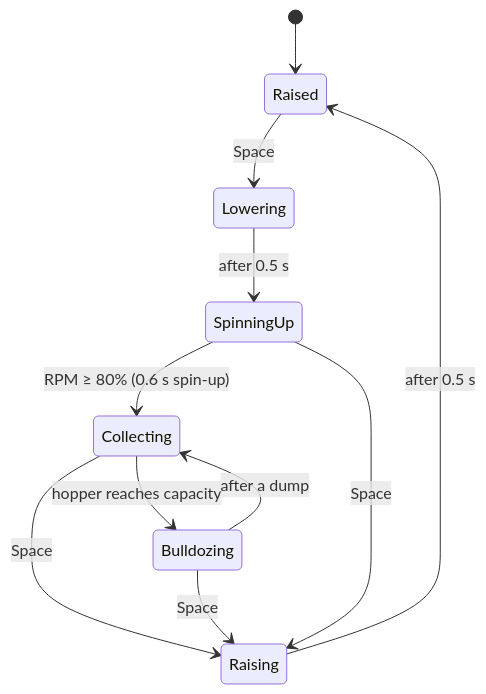
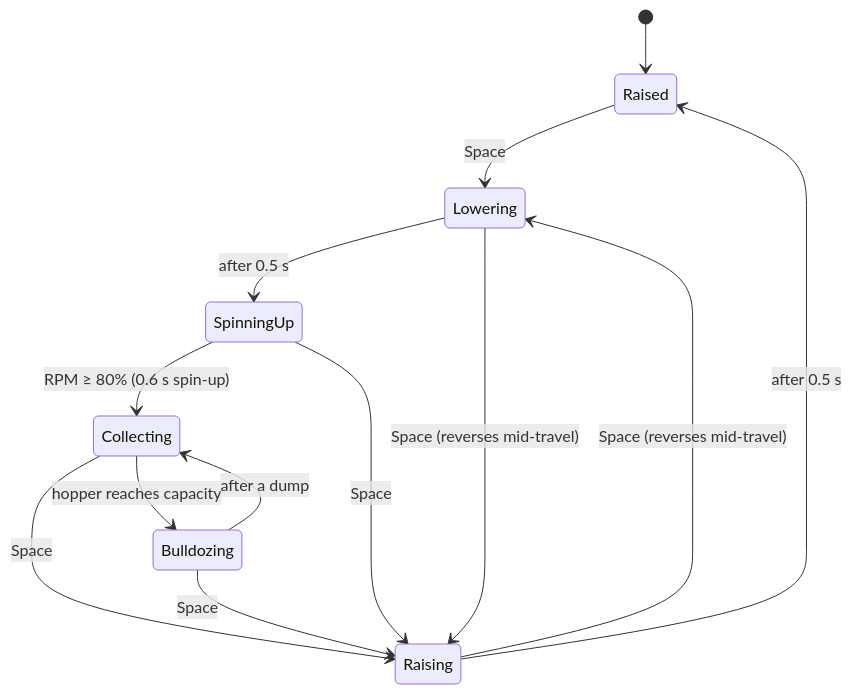
The second of 3 diagrams in docs/GDD.md (matt-gribben/street-sweeper-pro), drawn with Mermaid before and after one commit. The commit also changed other lines of this file and 18 other files, not shown here.

````diff
--- a/docs/GDD.md
+++ b/docs/GDD.md
@@ -370,13 +370,15 @@
 ```mermaid
 stateDiagram-v2
   [*] --> Raised
   Raised --> Lowering: Space
   Lowering --> SpinningUp: after 0.5 s
   SpinningUp --> Collecting: RPM ≥ 80% (0.6 s spin-up)
   Collecting --> Bulldozing: hopper reaches capacity
   Bulldozing --> Collecting: after a dump
   Collecting --> Raising: Space
   Bulldozing --> Raising: Space
   SpinningUp --> Raising: Space
+  Lowering --> Raising: Space (reverses mid-travel)
+  Raising --> Lowering: Space (reverses mid-travel)
   Raising --> Raised: after 0.5 s
 ```
````
